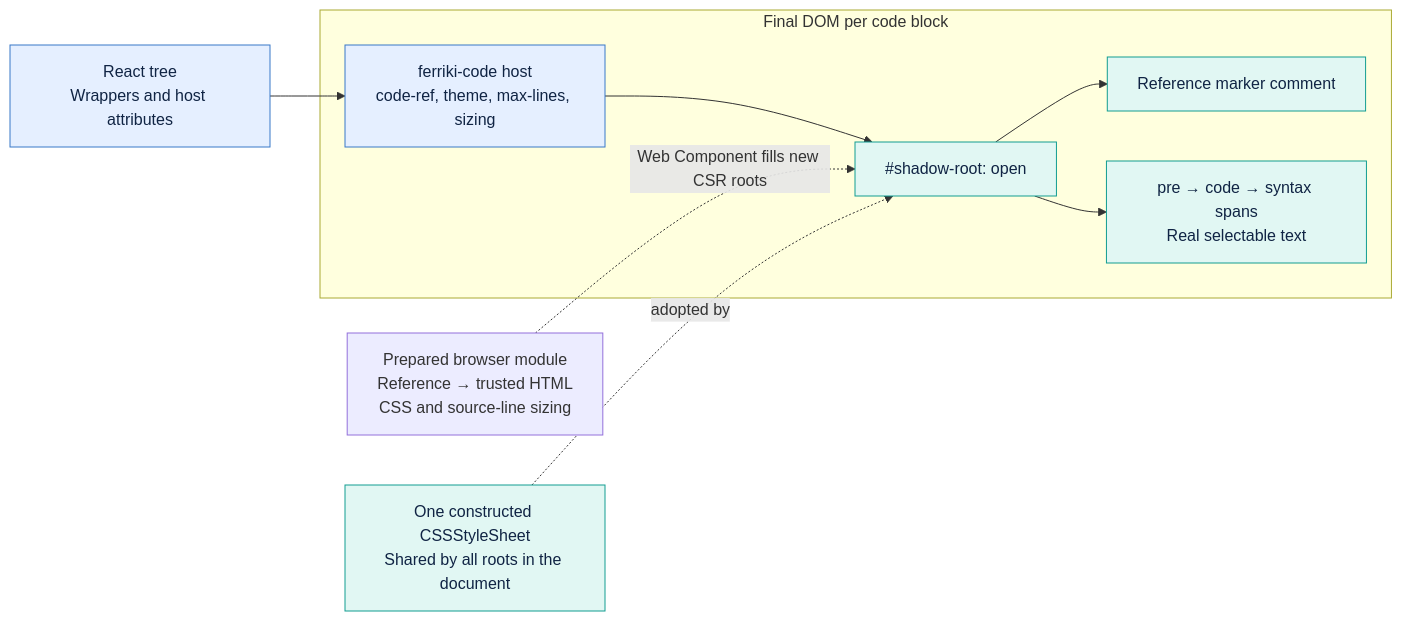
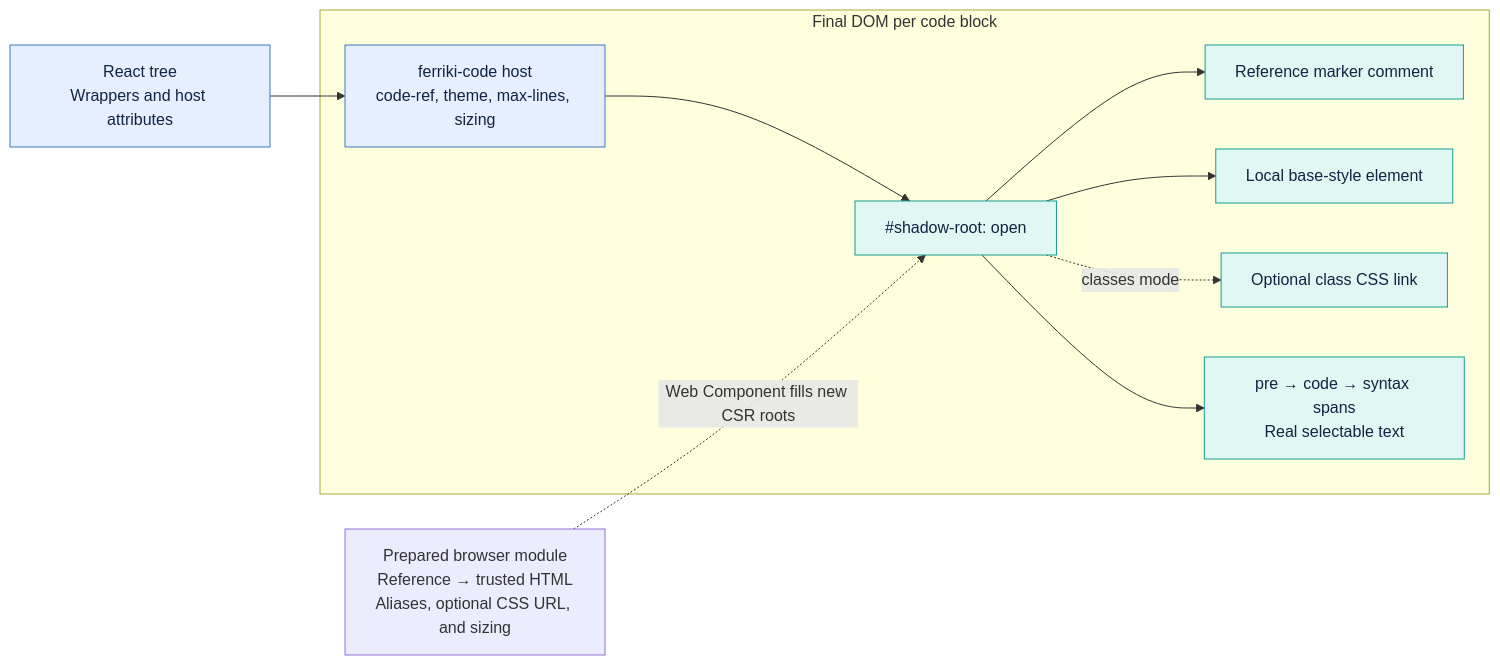
One commit to sebastian-software/ferriki changed the second of 2 diagrams in docs/shadow-code-elements.md. Above: the diagram before and after it, drawn with Mermaid. The commit also changed other lines of this file and 35 other files, not shown here.

````diff
--- a/docs/shadow-code-elements.md
+++ b/docs/shadow-code-elements.md
@@ -285,22 +298,24 @@
 ```mermaid
 flowchart LR
   REACT["React tree<br/>Wrappers and host attributes"]
-  REGISTRY["Prepared browser module<br/>Reference → trusted HTML<br/>CSS and source-line sizing"]
-  SHEET["One constructed CSSStyleSheet<br/>Shared by all roots in the document"]
+  REGISTRY["Prepared browser module<br/>Reference → trusted HTML<br/>Aliases, optional CSS URL, and sizing"]
   subgraph DOM["Final DOM per code block"]
     HOST["ferriki-code host<br/>code-ref, theme, max-lines, sizing"]
     SHADOW["#shadow-root: open"]
     MARKER["Reference marker comment"]
+    BASE["Local base-style element"]
+    LINK["Optional class CSS link"]
     TOKENS["pre → code → syntax spans<br/>Real selectable text"]
     HOST --> SHADOW
     SHADOW --> MARKER
+    SHADOW --> BASE
+    SHADOW -. "classes mode" .-> LINK
     SHADOW --> TOKENS
   end
   REACT --> HOST
   REGISTRY -. "Web Component fills new CSR roots" .-> SHADOW
-  SHEET -. "adopted by" .-> SHADOW
   classDef react fill:#e5efff,stroke:#3978c8,color:#102444
   classDef shadow fill:#e1f7f3,stroke:#129d91,color:#102444
   class REACT,HOST react
-  class SHADOW,MARKER,TOKENS,SHEET shadow
+  class SHADOW,MARKER,BASE,LINK,TOKENS shadow
 ```
````
